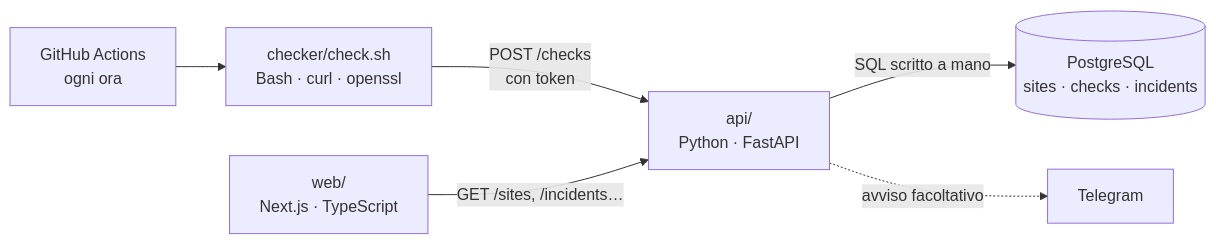
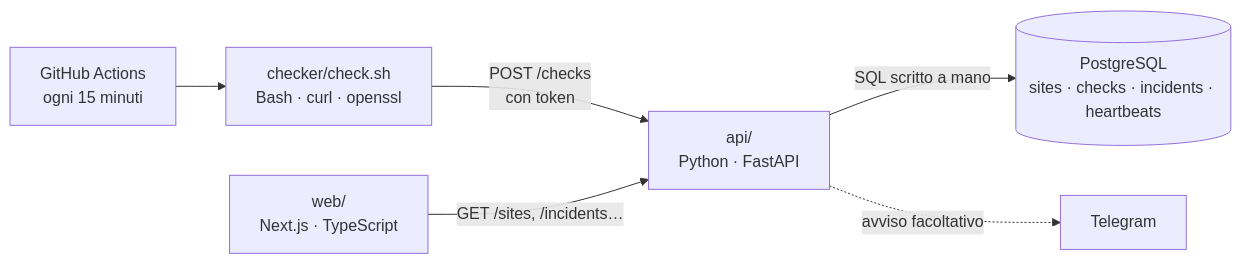
Before and after one commit to sofianekhatib30-ui/polso: the diagram in README.md, drawn with Mermaid. The commit also changed other lines of this file and 50 other files, not shown here.

````diff
--- a/README.md
+++ b/README.md
@@ -12,8 +12,8 @@
 ```mermaid
 flowchart LR
-    GA["GitHub Actions<br/>ogni ora"] --> C["checker/check.sh<br/>Bash · curl · openssl"]
+    GA["GitHub Actions<br/>ogni 15 minuti"] --> C["checker/check.sh<br/>Bash · curl · openssl"]
     C -- "POST /checks<br/>con token" --> A["api/<br/>Python · FastAPI"]
-    A -- "SQL scritto a mano" --> D[("PostgreSQL<br/>sites · checks · incidents")]
+    A -- "SQL scritto a mano" --> D[("PostgreSQL<br/>sites · checks · incidents · heartbeats")]
     W["web/<br/>Next.js · TypeScript"] -- "GET /sites, /incidents…" --> A
     A -. "avviso facoltativo" .-> T["Telegram"]
 ```
````
